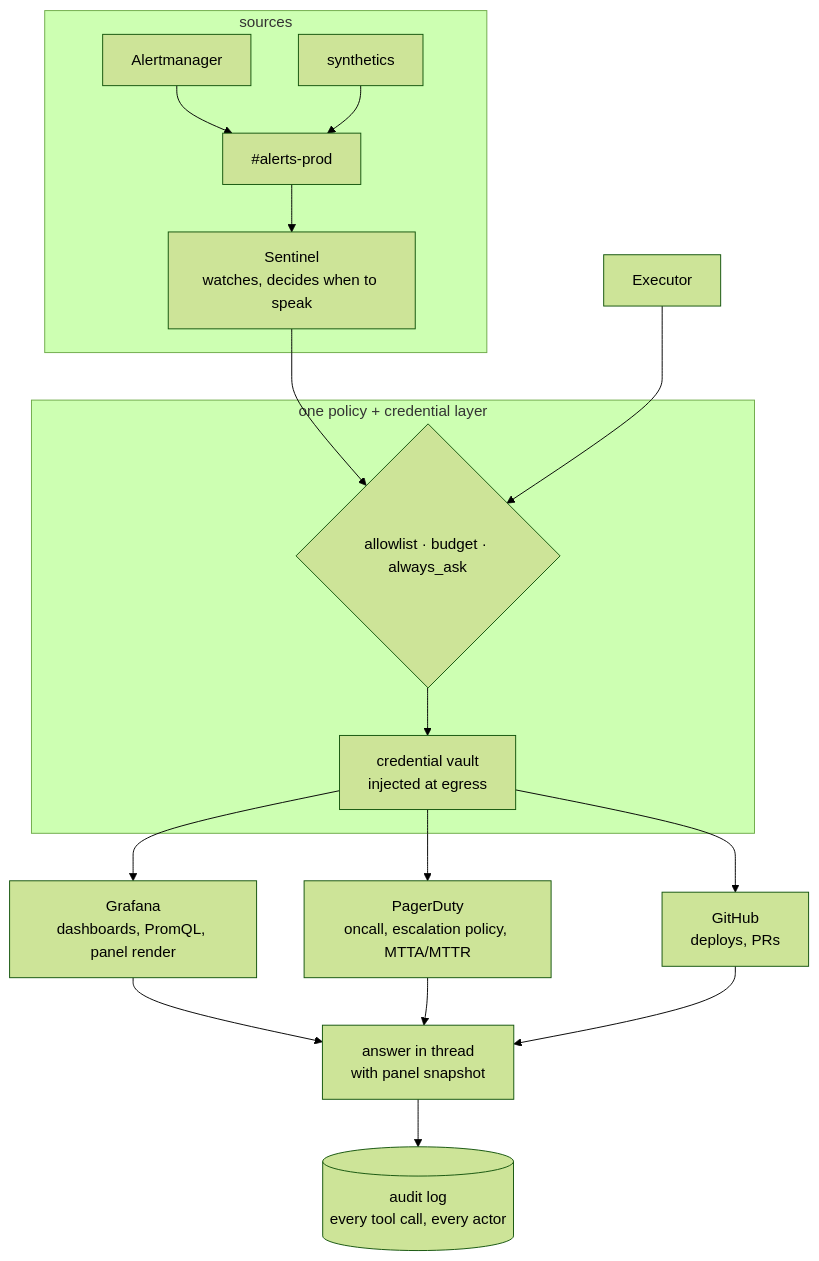
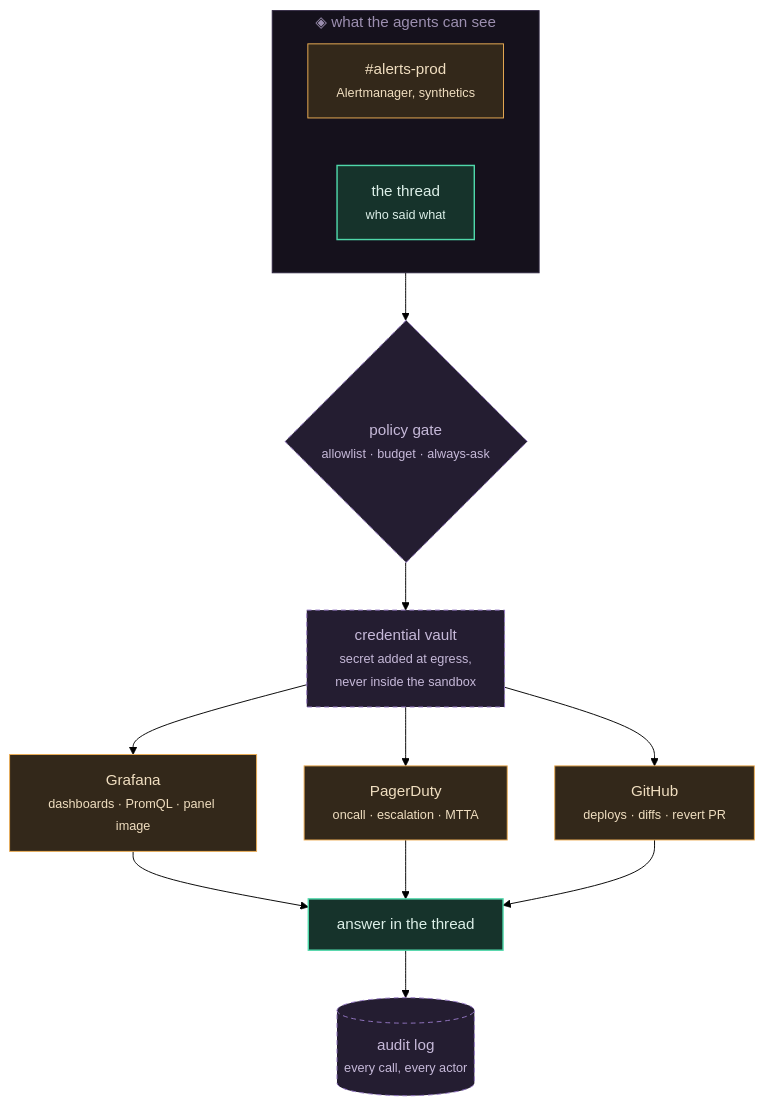
One commit to rppol/claude-tag-poc changed the diagram in docs/diagrams/integration.mmd. Above: the diagram before and after it, drawn with Mermaid (forest theme). The commit also changed 12 other files, not shown here.

```diff
--- a/docs/diagrams/integration.mmd
+++ b/docs/diagrams/integration.mmd
@@ -1,24 +1,23 @@
 flowchart TB
-  subgraph SRC ["sources"]
-    AM["Alertmanager"] --> CH["#alerts-prod"]
-    SYN["synthetics"] --> CH
-    CH --> SEN["Sentinel<br/>watches, decides when to speak"]
+  subgraph IN["◈ what the agents can see"]
+    AL["#alerts-prod<br/><small>Alertmanager, synthetics</small>"]
+    TH["the thread<br/><small>who said what</small>"]
   end
 
-  subgraph POLICY ["one policy + credential layer"]
-    GATE{"allowlist · budget · always_ask"}
-    VAULT["credential vault<br/>injected at egress"]
-  end
+  IN --> GATE{"policy gate<br/><small>allowlist · budget · always-ask</small>"}
+  GATE --> VAULT["credential vault<br/><small>secret added at egress,<br/>never inside the sandbox</small>"]
 
-  SEN --> GATE
-  EXEC["Executor"] --> GATE
-  GATE --> VAULT
+  VAULT --> GR["Grafana<br/><small>dashboards · PromQL · panel image</small>"]
+  VAULT --> PD["PagerDuty<br/><small>oncall · escalation · MTTA</small>"]
+  VAULT --> GH["GitHub<br/><small>deploys · diffs · revert PR</small>"]
 
-  VAULT --> GRAF["Grafana<br/>dashboards, PromQL, panel render"]
-  VAULT --> PD["PagerDuty<br/>oncall, escalation policy, MTTA/MTTR"]
-  VAULT --> GH["GitHub<br/>deploys, PRs"]
+  GR & PD & GH --> OUT["answer in the thread"]
+  OUT --> AUD[("audit log<br/><small>every call, every actor</small>")]
 
-  GRAF --> OUT["answer in thread<br/>with panel snapshot"]
-  PD --> OUT
-  GH --> OUT
-  OUT --> AUD[("audit log<br/>every tool call, every actor")]
+  classDef design stroke:#9578C4,fill:#241D31,color:#C6B9D9,stroke-dasharray:5 4
+  classDef ext stroke:#EDAE55,fill:#33281A,color:#F0DEC0
+  classDef built stroke:#4FD8AA,fill:#16332B,color:#DCEFE8,stroke-width:1.5px
+  class GATE,VAULT,AUD design
+  class GR,PD,GH,AL ext
+  class TH,OUT built
+  style IN fill:#15111C,stroke:#2F2540,color:#9C8FB0
```
